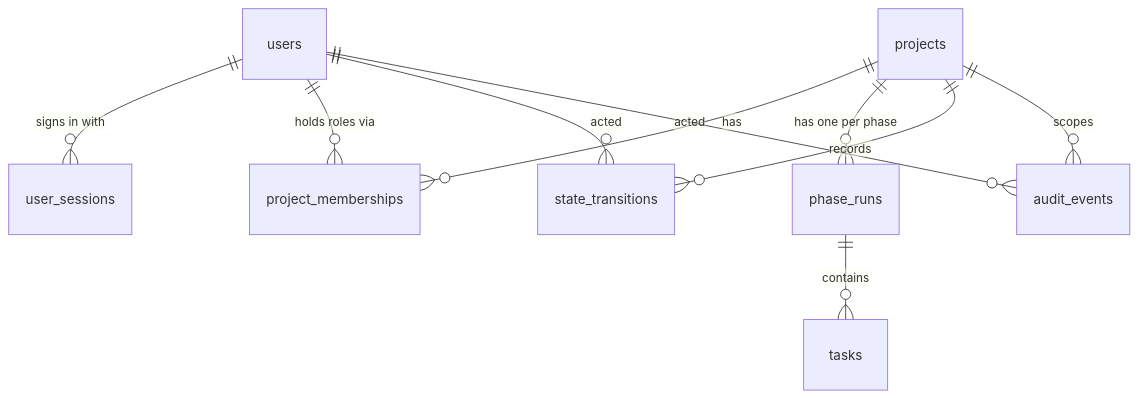
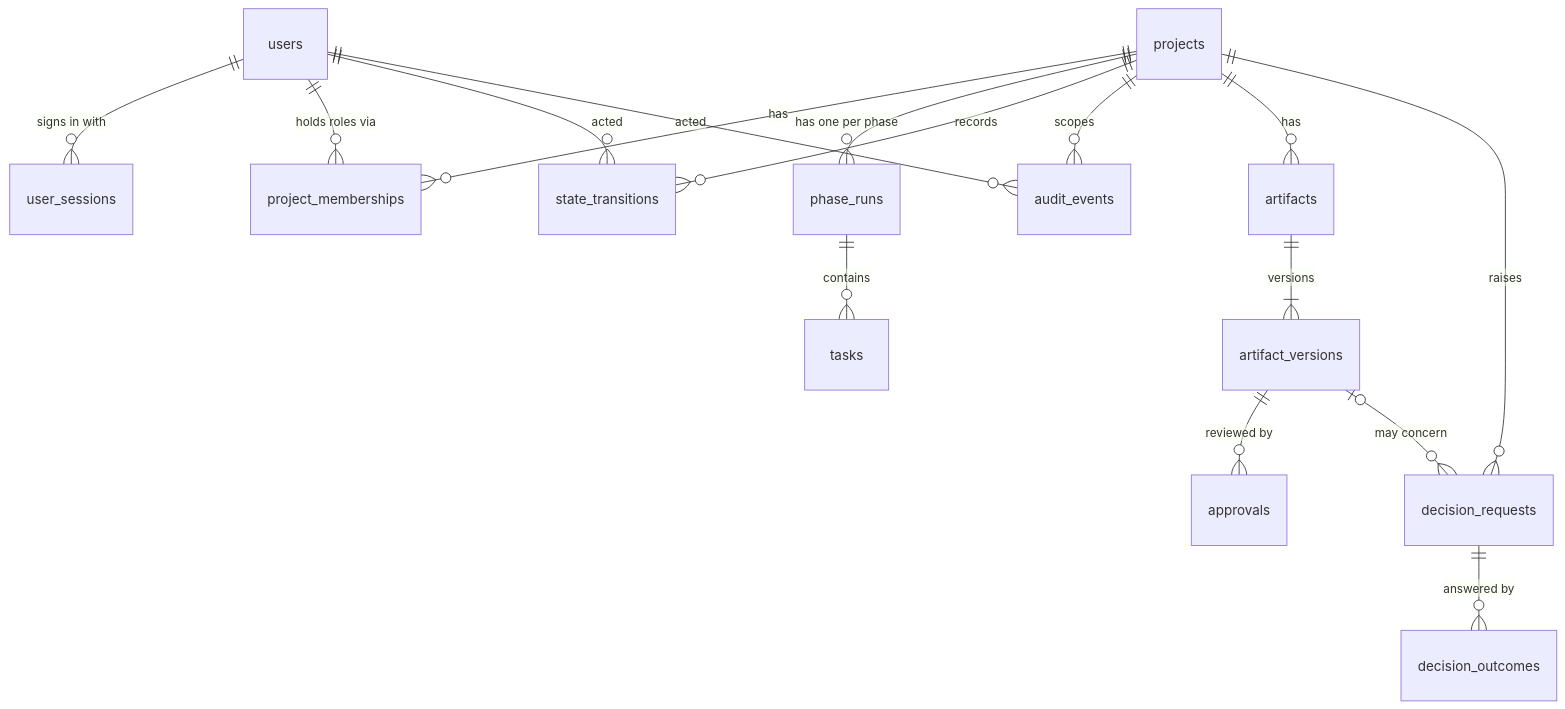
One commit to Rameshsundaram8486/Agentra changed the diagram in docs/architecture/data-model.md. Above: the diagram before and after it, drawn with Mermaid. The commit also changed other lines of this file and 71 other files, not shown here.

First line of the commit message:
Increment 1b: artifacts, version-bound approvals and decision records

````diff
--- a/docs/architecture/data-model.md
+++ b/docs/architecture/data-model.md
@@ -5,12 +5,18 @@
 ```mermaid
 erDiagram
   users ||--o{ user_sessions : "signs in with"
   users ||--o{ project_memberships : "holds roles via"
   projects ||--o{ project_memberships : "has"
   projects ||--o{ phase_runs : "has one per phase"
   phase_runs ||--o{ tasks : "contains"
   projects ||--o{ state_transitions : "records"
   users ||--o{ state_transitions : "acted"
   projects ||--o{ audit_events : "scopes"
   users ||--o{ audit_events : "acted"
+  projects ||--o{ artifacts : "has"
+  artifacts ||--|{ artifact_versions : "versions"
+  artifact_versions ||--o{ approvals : "reviewed by"
+  projects ||--o{ decision_requests : "raises"
+  decision_requests ||--o{ decision_outcomes : "answered by"
+  artifact_versions |o--o{ decision_requests : "may concern"
 ```
````
